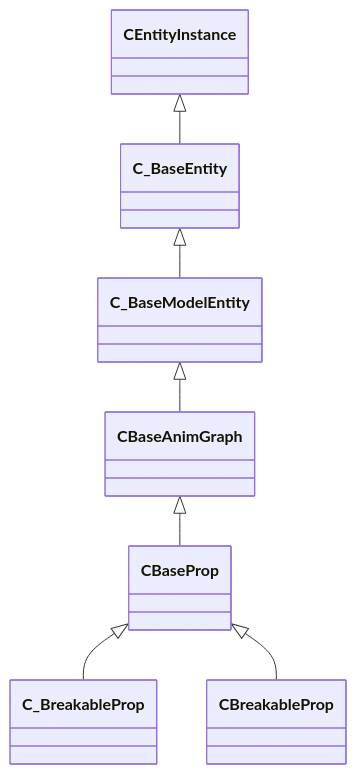
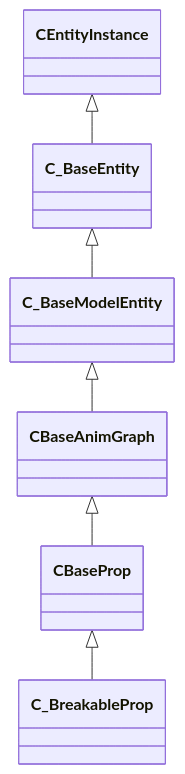
The diagram in docs/generated/schemas/client/CBaseProp.md (CS2OpenDev/CS2OpenDev-Docs), drawn with Mermaid before and after one commit. The commit also changed other lines of this file and 4525 other files, not shown here.

````diff
--- a/docs/generated/schemas/client/CBaseProp.md
+++ b/docs/generated/schemas/client/CBaseProp.md
@@ -19,9 +23,8 @@
 ```mermaid
 classDiagram
     CBaseAnimGraph <|-- CBaseProp
     C_BaseModelEntity <|-- CBaseAnimGraph
     C_BaseEntity <|-- C_BaseModelEntity
     CEntityInstance <|-- C_BaseEntity
     CBaseProp <|-- C_BreakableProp
-    CBaseProp <|-- CBreakableProp
 ```
````
